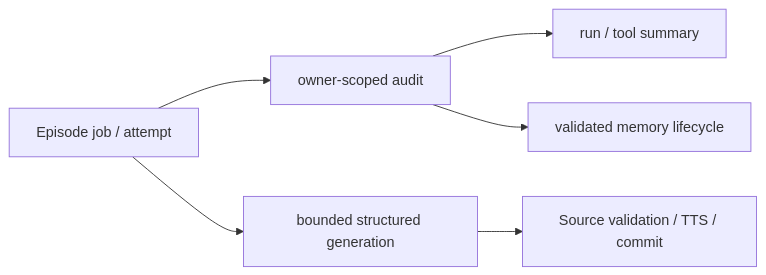
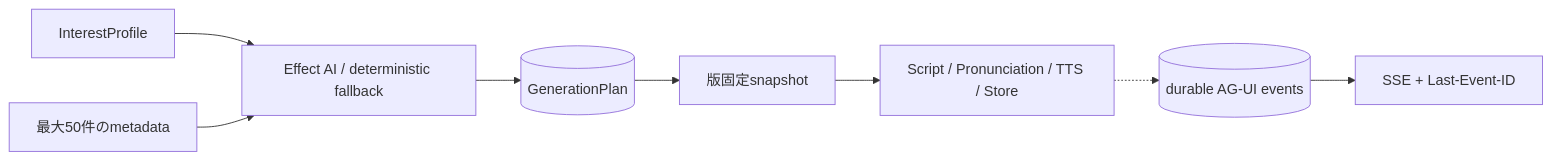
One commit to r4ai/news-podcast changed the fifth of 6 diagrams in docs/design.md. Above: the diagram before and after it, drawn with Mermaid. The commit also changed other lines of this file and 189 other files, not shown here.

First line of the commit message:
feat: rebuild Podcast Generation with Focus on Effect AI and AG-UI  (#22)

````diff
--- a/docs/design.md
+++ b/docs/design.md
@@ -254,8 +254,10 @@
 ```mermaid
 flowchart LR
-  Job["Episode job / attempt"] --> Audit["owner-scoped audit"]
-  Audit --> Event["run / tool summary"]
-  Audit --> Memory["validated memory lifecycle"]
-  Job --> Generate["bounded structured generation"]
-  Generate --> Verify["Source validation / TTS / commit"]
+  Profile["InterestProfile"] --> Select["Effect AI / deterministic fallback"]
+  Candidates["最大50件のmetadata"] --> Select
+  Select --> Plan[("GenerationPlan")]
+  Plan --> Materialize["版固定snapshot"]
+  Materialize --> Pipeline["Script / Pronunciation / TTS / Store"]
+  Pipeline -.-> Events[("durable AG-UI events")]
+  Events --> Web["SSE + Last-Event-ID"]
 ```
````
